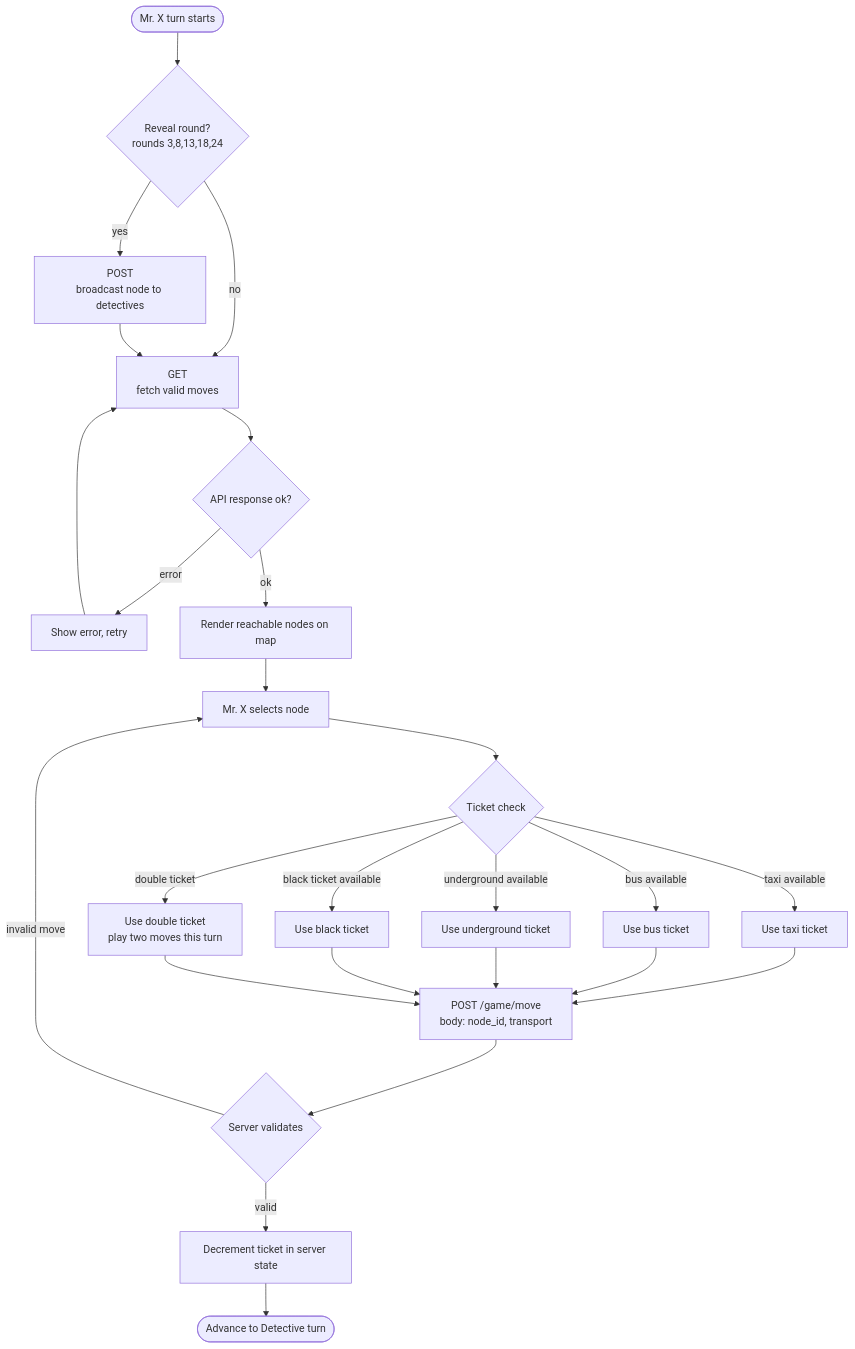
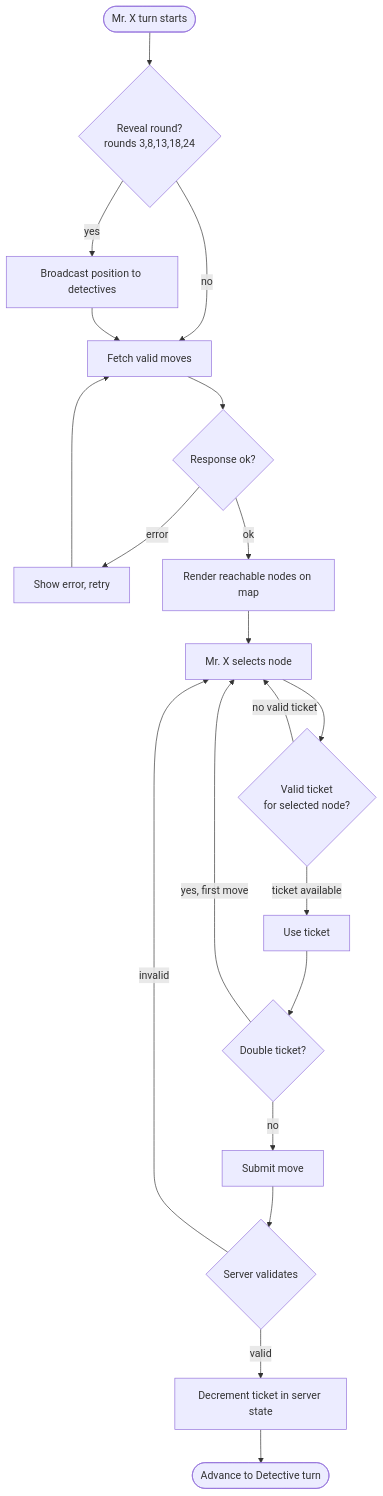
Before and after one commit to Ming-Bao/Scotland-Yard: the second of 3 diagrams in documentation/plans/flowcharts.md, drawn with Mermaid. The commit also changed other lines of this file, not shown here.

Commit message:
fixed flowcharts

````diff
--- a/documentation/plans/flowcharts.md
+++ b/documentation/plans/flowcharts.md
@@ -29,24 +29,22 @@
 ``` mermaid
 flowchart TD
     A([Mr. X turn starts]) --> R{Reveal round?\nrounds 3,8,13,18,24}
-    R -- yes --> RA[POST\nbroadcast node to detectives]
+    R -- yes --> RA[Broadcast position to detectives]
     R -- no --> B
-    RA --> B[GET \nfetch valid moves]
-    B --> C{API response ok?}
+    RA --> B[Fetch valid moves]
+    B --> C{Response ok?}
     C -- error --> B2[Show error, retry]
     B2 --> B
     C -- ok --> D[Render reachable nodes on map]
     D --> E[Mr. X selects node]
-    E --> F{Ticket check}
-    F -- taxi available --> G1[Use taxi ticket]
-    F -- bus available --> G2[Use bus ticket]
-    F -- underground available --> G3[Use underground ticket]
-    F -- black ticket available --> G4[Use black ticket]
-    F -- double ticket --> G5[Use double ticket\nplay two moves this turn]
-    G1 & G2 & G3 & G4 & G5 --> I[POST /game/move\nbody: node_id, transport]
+    E --> F{Valid ticket\nfor selected node?}
+    F -- no valid ticket --> E
+    F -- ticket available --> G[Use ticket]
+    G --> H{Double ticket?}
+    H -- yes, first move --> E
+    H -- no --> I[Submit move]
     I --> J{Server validates}
-    J -- invalid move --> E
-    J -- valid --> N[Decrement ticket in server state]
-    N --> O([Advance to Detective turn])
-
+    J -- invalid --> E
+    J -- valid --> K[Decrement ticket in server state]
+    K --> L([Advance to Detective turn])
 ```
````
